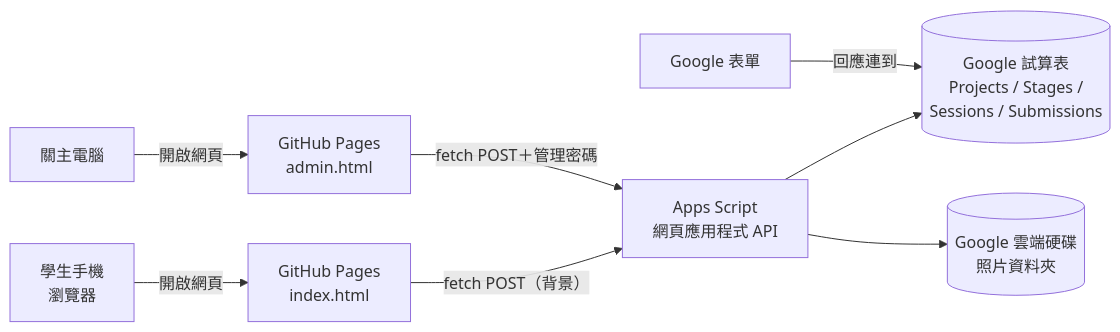
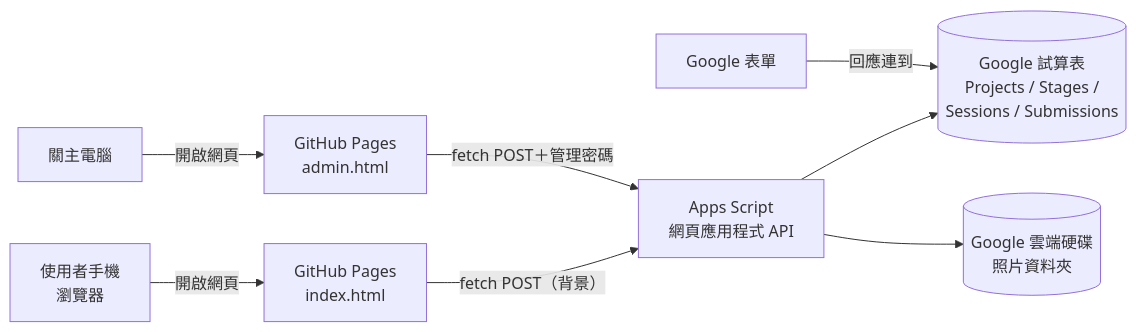
The first of 3 diagrams in DESIGN.md (canfet/EscapeGame), drawn with Mermaid before and after one commit. The commit also changed other lines of this file and 4 other files, not shown here.

````diff
--- a/DESIGN.md
+++ b/DESIGN.md
@@ -33,10 +25,10 @@
 ```mermaid
 flowchart LR
-  S[學生手機<br/>瀏覽器] -- 開啟網頁 --> G[GitHub Pages<br/>index.html]
+  S[使用者手機<br/>瀏覽器] -- 開啟網頁 --> G[GitHub Pages<br/>index.html]
   T[關主電腦] -- 開啟網頁 --> GA[GitHub Pages<br/>admin.html]
   G -- fetch POST（背景） --> API[Apps Script<br/>網頁應用程式 API]
   GA -- fetch POST＋管理密碼 --> API
   API --> SH[(Google 試算表<br/>Projects / Stages /<br/>Sessions / Submissions)]
   API --> D[(Google 雲端硬碟<br/>照片資料夾)]
   F[Google 表單] -- 回應連到 --> SH
 ```
````
